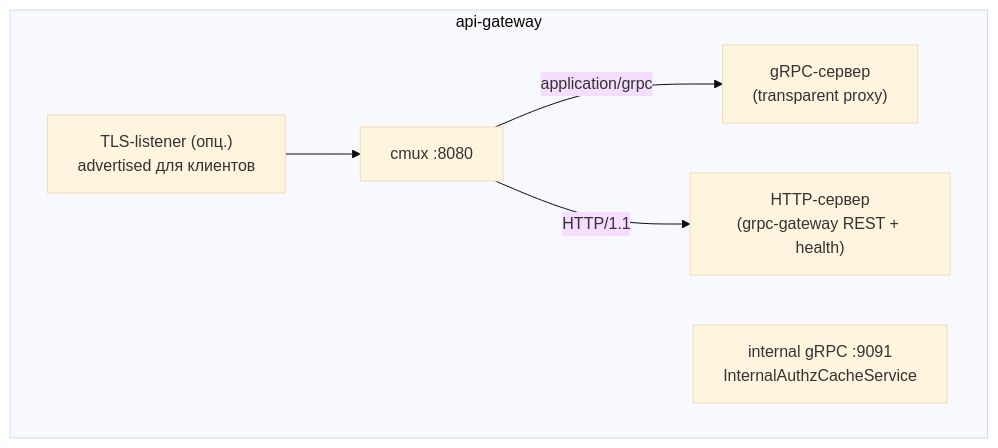
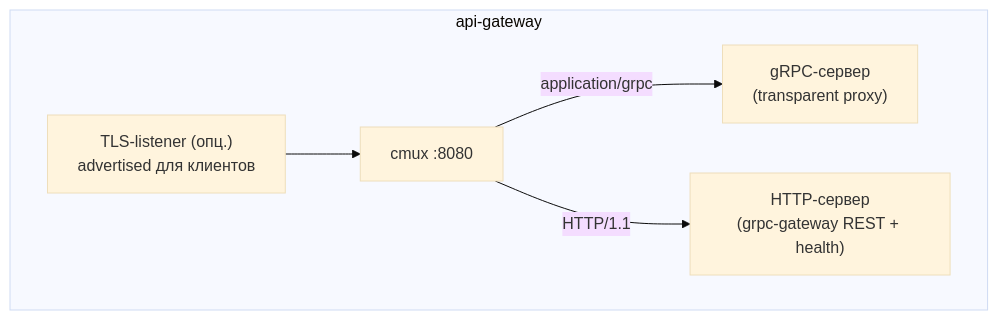
Before and after one commit to PRO-Robotech/kacho: the first of 2 diagrams in gateway/docs/content/architecture/overview.mdx, drawn with Mermaid (base theme). The commit also changed other lines of this file and 29 other files, not shown here.

````diff
--- a/gateway/docs/content/architecture/overview.mdx
+++ b/gateway/docs/content/architecture/overview.mdx
@@ -46,13 +51,12 @@
 ```mermaid
 flowchart TD
   subgraph agw["api-gateway"]
     cmux["cmux :8080"]
     grpc["gRPC-сервер<br/>(transparent proxy)"]
     http["HTTP-сервер<br/>(grpc-gateway REST + health)"]
     tls["TLS-listener (опц.)<br/>advertised для клиентов"]
-    intl["internal gRPC :9091<br/>InternalAuthzCacheService"]
   end
   cmux -->|"application/grpc"| grpc
   cmux -->|"HTTP/1.1"| http
   tls --> cmux
 ```
````
